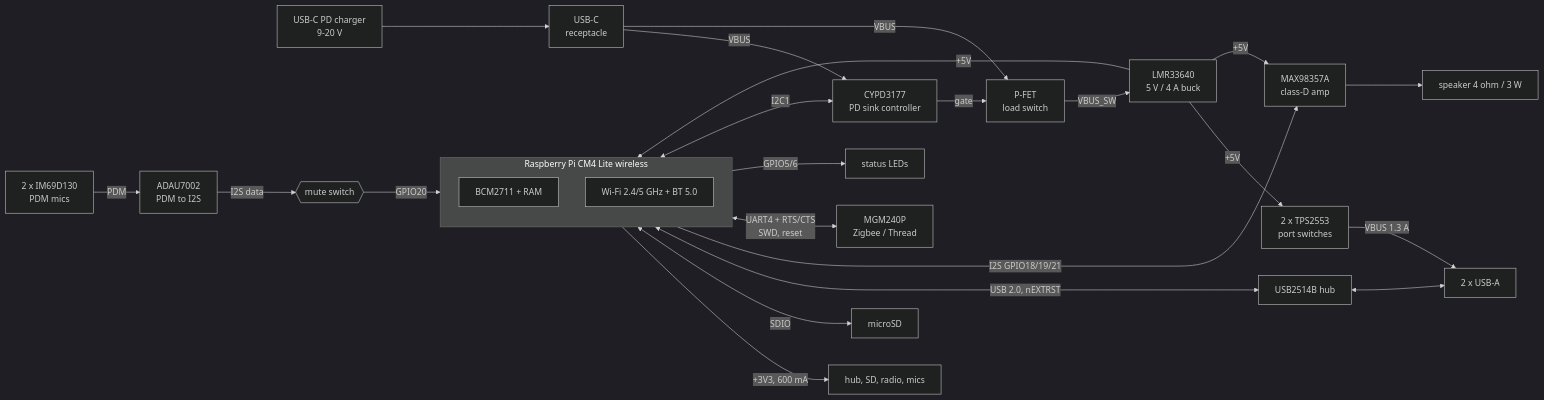
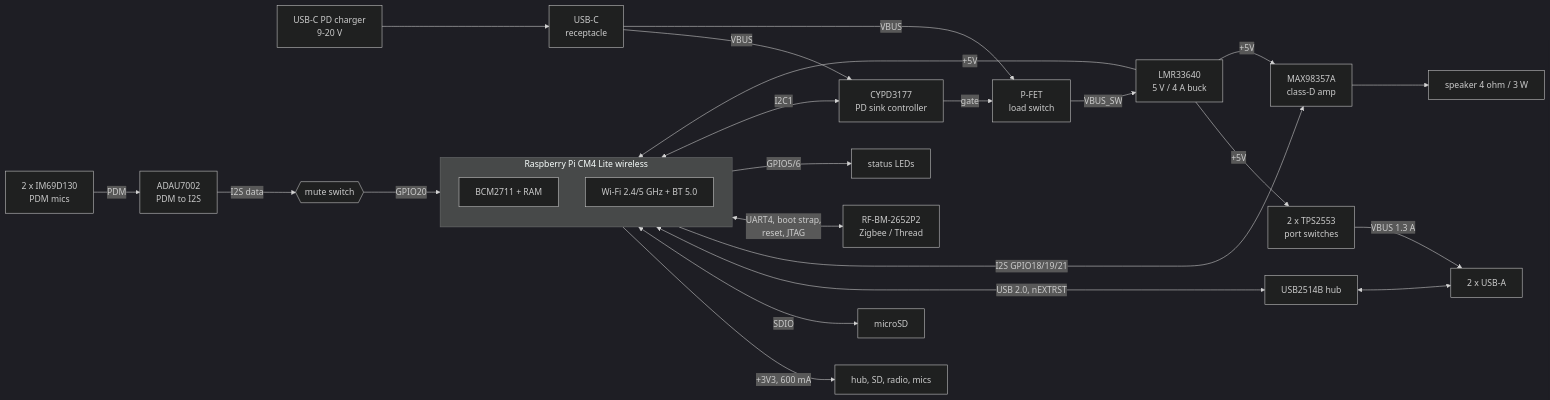
One commit to geilevideossos-gamedev/fable-sbc-test changed the first of 2 diagrams in README.md. Above: the diagram before and after it, drawn with Mermaid (dark theme). The commit also changed other lines of this file and 7 other files, not shown here.

````diff
--- a/README.md
+++ b/README.md
@@ -43,32 +48,32 @@
 ```mermaid
 flowchart LR
     PD[USB-C PD charger<br/>9-20 V] --> J1[USB-C<br/>receptacle]
     J1 -->|VBUS| BCR[CYPD3177<br/>PD sink controller]
     J1 -->|VBUS| Q1[P-FET<br/>load switch]
     BCR -->|gate| Q1
     Q1 -->|VBUS_SW| BUCK[LMR33640<br/>5 V / 4 A buck]
     BUCK -->|+5V| CM4
     BUCK -->|+5V| SW[2 x TPS2553<br/>port switches]
     BUCK -->|+5V| AMP[MAX98357A<br/>class-D amp]
 
     subgraph CM4[Raspberry Pi CM4 Lite wireless]
         SOC[BCM2711 + RAM]
         WIFI[Wi-Fi 2.4/5 GHz + BT 5.0]
     end
     CM4 -->|+3V3, 600 mA| LOADS[hub, SD, radio, mics]
 
     CM4 <-->|SDIO| SD[microSD]
     CM4 <-->|USB 2.0, nEXTRST| HUB[USB2514B hub]
     HUB <--> USBA[2 x USB-A]
     SW -->|VBUS 1.3 A| USBA
 
     MIC[2 x IM69D130<br/>PDM mics] -->|PDM| ADAU[ADAU7002<br/>PDM to I2S]
     ADAU -->|I2S data| MUTE{{mute switch}}
     MUTE -->|GPIO20| CM4
     CM4 -->|I2S GPIO18/19/21| AMP
     AMP --> SPK[speaker 4 ohm / 3 W]
 
-    CM4 <-->|UART4 + RTS/CTS<br/>SWD, reset| ZB[MGM240P<br/>Zigbee / Thread]
+    CM4 <-->|UART4, boot strap,<br/>reset, JTAG| ZB[RF-BM-2652P2<br/>Zigbee / Thread]
     CM4 -->|GPIO5/6| LED[status LEDs]
     CM4 <-->|I2C1| BCR
 ```
````
